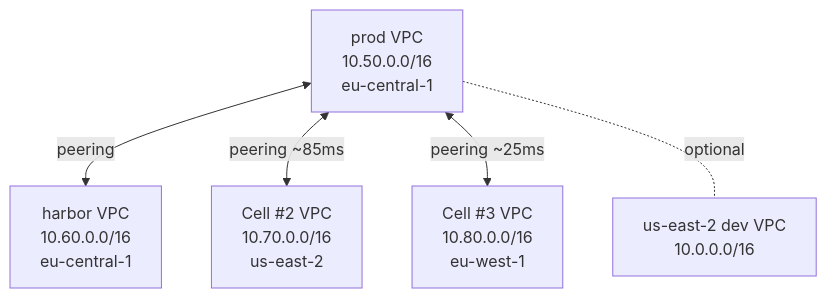
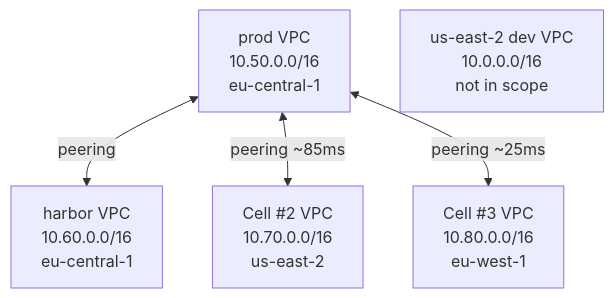
One commit to sei-protocol/sei-internal-skills changed the third of 4 diagrams in design/high-level/meta-cluster-architecture.md. Above: the diagram before and after it, drawn with Mermaid. The commit also changed other lines of this file, not shown here.

First line of the commit message:
docs(design/high-level): address Cursor findings — TF root count + dev observability scope

````diff
--- a/design/high-level/meta-cluster-architecture.md
+++ b/design/high-level/meta-cluster-architecture.md
@@ -257,13 +256,13 @@
 ```mermaid
 graph TB
     Prod[prod VPC<br/>10.50.0.0/16<br/>eu-central-1]
     Harbor[harbor VPC<br/>10.60.0.0/16<br/>eu-central-1]
     Dev[us-east-2 dev VPC<br/>10.0.0.0/16]
     Cell2[Cell #2 VPC<br/>10.70.0.0/16<br/>us-east-2]
     Cell3[Cell #3 VPC<br/>10.80.0.0/16<br/>eu-west-1]
 
     Prod <-->|peering| Harbor
     Prod <-->|peering ~85ms| Cell2
     Prod <-->|peering ~25ms| Cell3
-    Prod -.optional.- Dev
+    Dev[us-east-2 dev VPC<br/>10.0.0.0/16<br/>not in scope]
 ```
````
